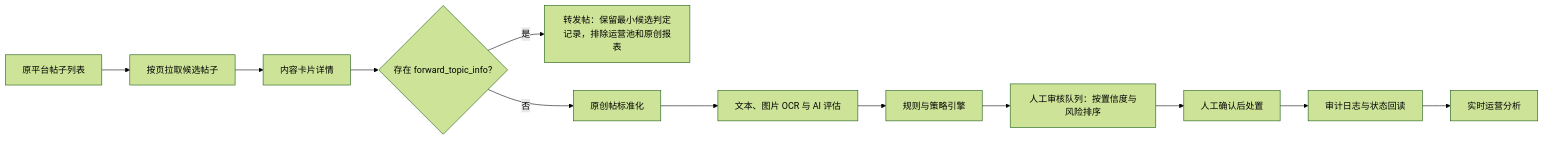
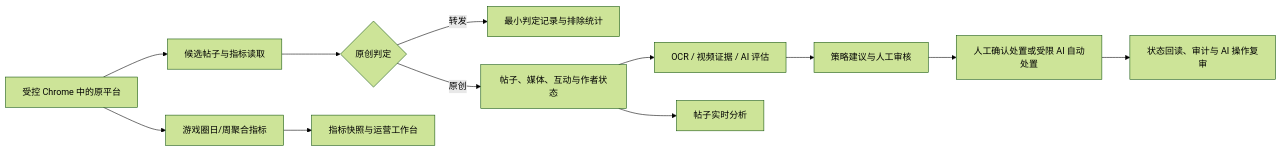
The diagram in docs/prd/content-operations-platform-requirements.md (llCnll/wechat-operation), drawn with Mermaid (forest theme) before and after one commit. The commit also changed other lines of this file and 29 other files, not shown here.

````diff
--- a/docs/prd/content-operations-platform-requirements.md
+++ b/docs/prd/content-operations-platform-requirements.md
@@ -61,14 +17,14 @@
 ```mermaid
 flowchart LR
-  A[原平台帖子列表] --> B[按页拉取候选帖子]
-  B --> C[内容卡片详情]
-  C --> D{存在 forward_topic_info?}
-  D -->|是| E[转发帖：保留最小候选判定记录，排除运营池和原创报表]
-  D -->|否| F[原创帖标准化]
-  F --> G[文本、图片 OCR 与 AI 评估]
-  G --> H[规则与策略引擎]
-  H --> J[人工审核队列：按置信度与风险排序]
-  J --> K[人工确认后处置]
-  K --> L[审计日志与状态回读]
-  L --> M[实时运营分析]
+  A[受控 Chrome 中的原平台] --> B[候选帖子与指标读取]
+  B --> C{原创判定}
+  C -->|转发| D[最小判定记录与排除统计]
+  C -->|原创| E[帖子、媒体、互动与作者状态]
+  E --> F[OCR / 视频证据 / AI 评估]
+  F --> G[策略建议与人工审核]
+  G --> H[人工确认处置或受限 AI 自动处置]
+  H --> I[状态回读、审计与 AI 操作复审]
+  E --> J[帖子实时分析]
+  A --> K[游戏圈日/周聚合指标]
+  K --> L[指标快照与运营工作台]
 ```
````
